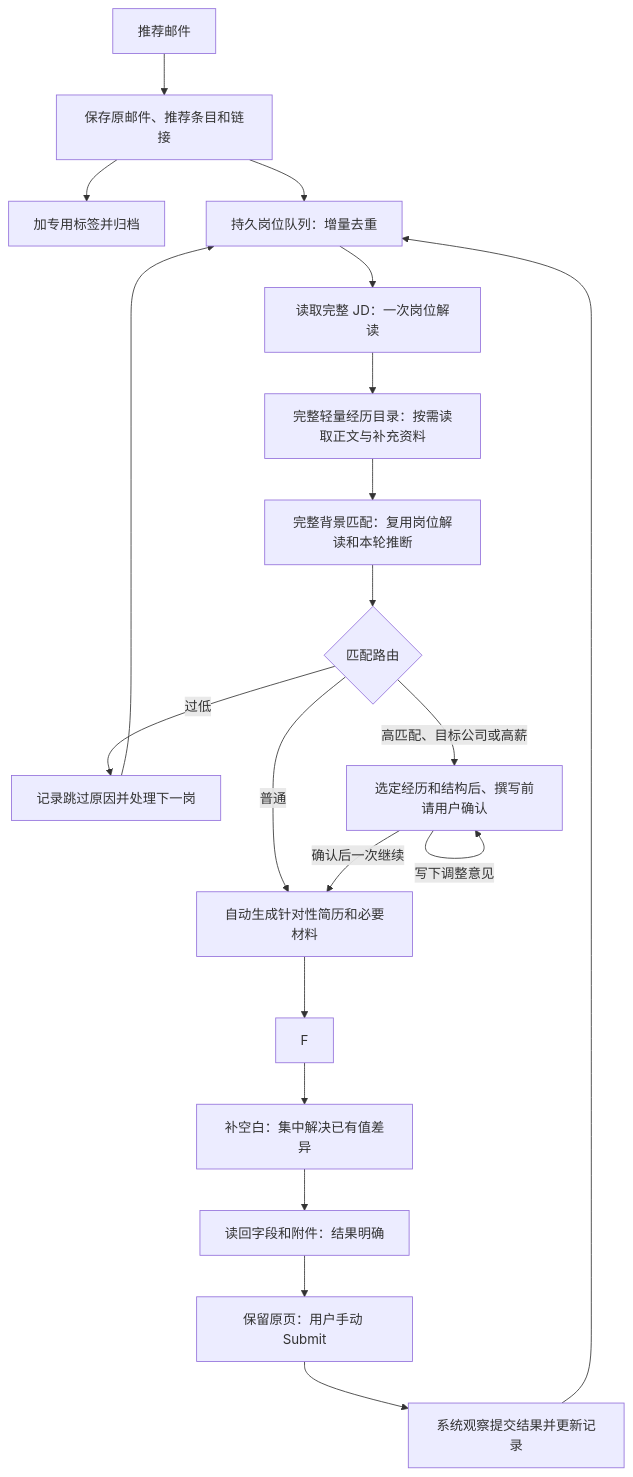
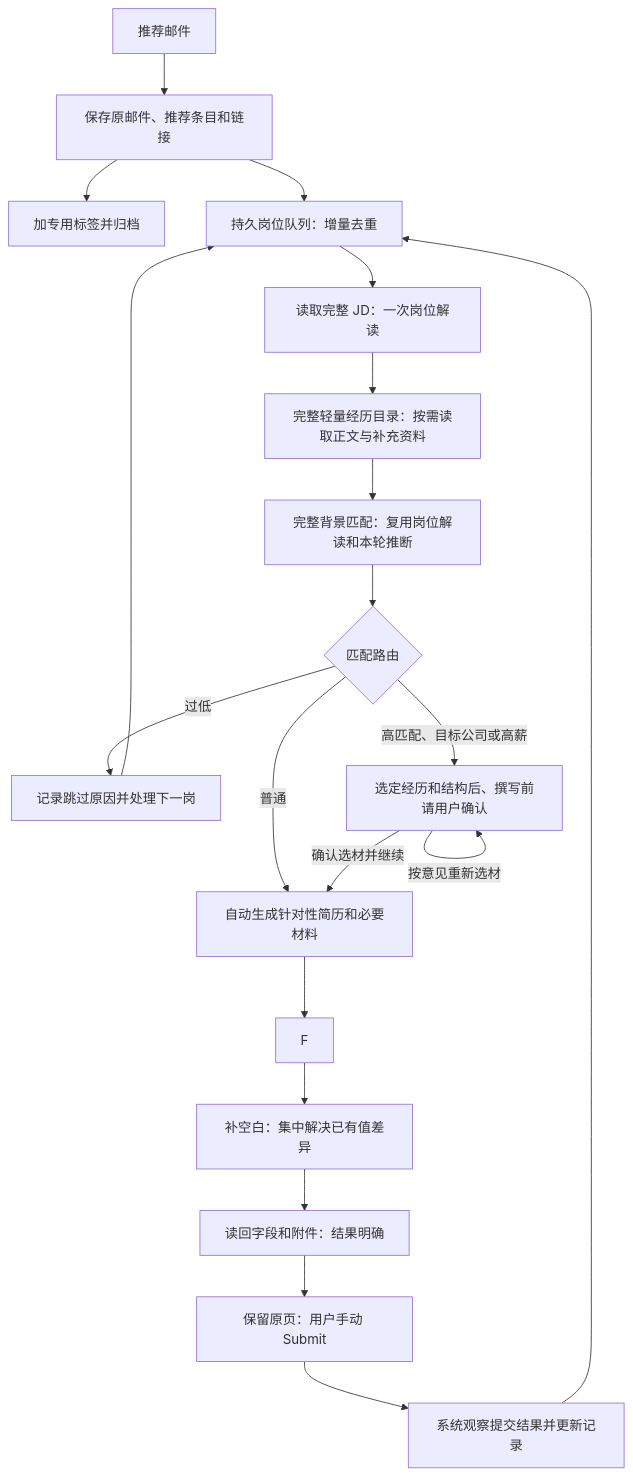
The diagram in docs/single-job-flow.md (DengZhiyuan-math/TomorrowStar-OS), drawn with Mermaid before and after one commit. The commit also changed other lines of this file and 2 other files, not shown here.

Commit message:
feat(pipeline): a separate button sends résumé plan feedback
During plan review, Continue reads as "确认选材并继续" and only confirms the
plan before the automatic steps go on. Feedback is sent by its own
"按意见重新选材" button in the plan box, enabled once text is written, so
writing feedback and confirming are no longer the same click.

````diff
--- a/docs/single-job-flow.md
+++ b/docs/single-job-flow.md
@@ -28,22 +28,22 @@
 ```mermaid
 flowchart TD
     E[推荐邮件] --> I[保存原邮件、推荐条目和链接]
     I --> A[加专用标签并归档]
     I --> Q[持久岗位队列：增量去重]
     Q --> J[读取完整 JD：一次岗位解读]
     J --> D[完整轻量经历目录：按需读取正文与补充资料]
     D --> B[完整背景匹配：复用岗位解读和本轮推断]
     B --> R{匹配路由}
     R -->|过低| K[记录跳过原因并处理下一岗]
     R -->|普通| M[自动生成针对性简历和必要材料]
     R -->|高匹配、目标公司或高薪| H[选定经历和结构后、撰写前请用户确认]
-    H -->|写下调整意见| H
-    H -->|确认后一次继续| M
+    H -->|按意见重新选材| H
+    H -->|确认选材并继续| M
     M --> F
     F --> V[补空白：集中解决已有值差异]
     V --> X[读回字段和附件：结果明确]
     X --> S[保留原页：用户手动 Submit]
     S --> O[系统观察提交结果并更新记录]
     O --> Q
     K --> Q
 ```
````
